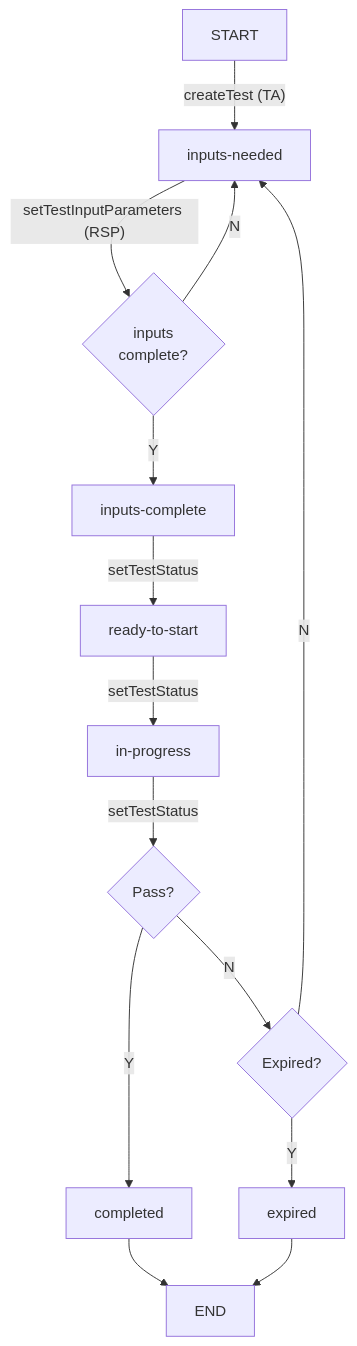
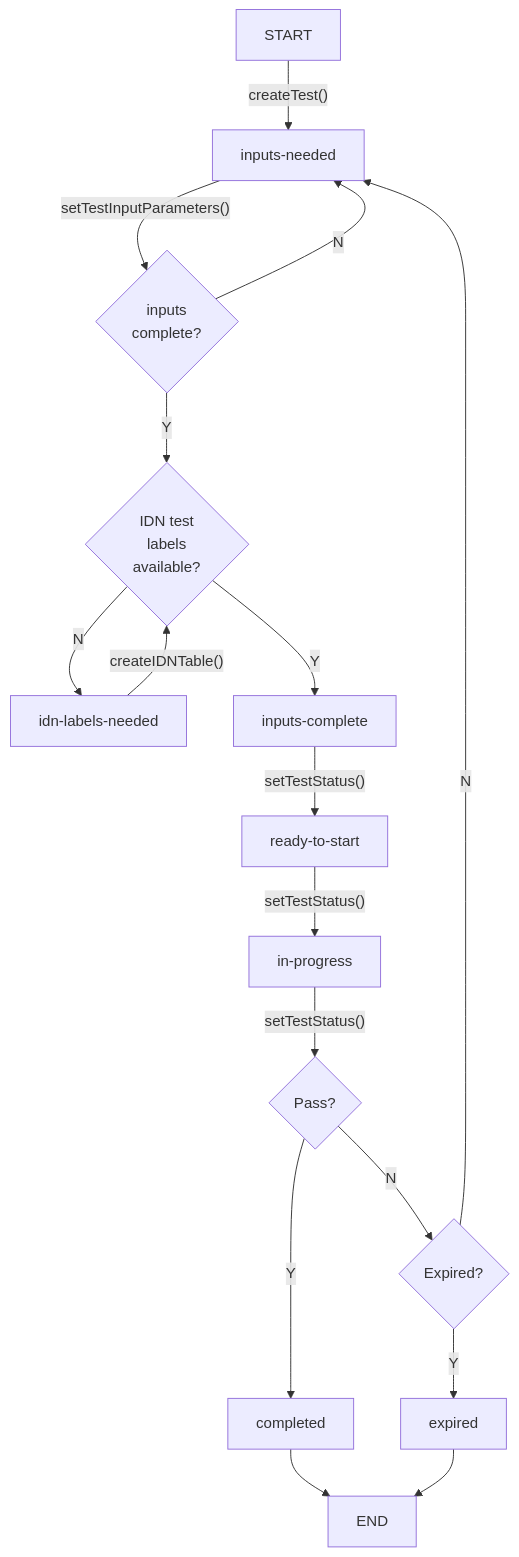
One commit to icann/rst-api-spec changed the diagram in etc/test-object-state-machine.mmd. Above: the diagram before and after it, drawn with Mermaid. The commit also changed 4 other files, not shown here.

```diff
--- a/etc/test-object-state-machine.mmd
+++ b/etc/test-object-state-machine.mmd
@@ -1,14 +1,17 @@
 flowchart TD
-    START[START] --> |"createTest (TA)"| A
-    A[inputs-needed] -->|"setTestInputParameters (RSP)"| B{inputs<br>complete?}
+    START[START] --> |"createTest()"| A
+    A[inputs-needed] -->|"setTestInputParameters()"| B{inputs<br>complete?}
     B -->|N| A
-    B -->|Y| C[inputs-complete]
-    C -->|"setTestStatus"| D[ready-to-start]
-    D --> |"setTestStatus"| E1[in-progress]
-    E1 --> |"setTestStatus"| G{Pass?}
+    B -->|Y| C1{IDN test<br>labels<br>available?}
+    C1 -->|N|C2[idn-labels-needed]
+    C2 --> |"createIDNTable()"|C1
+    C1 -->|Y|C[inputs-complete]
+    C -->|"setTestStatus()"| D[ready-to-start]
+    D --> |"setTestStatus()"| E1[in-progress]
+    E1 --> |"setTestStatus()"| G{Pass?}
     G --> |Y| H[completed]
     G --> |N| I{Expired?}
     I --> |N| A
     I --> |Y| J[expired]
     H --> END
     J --> END
```
